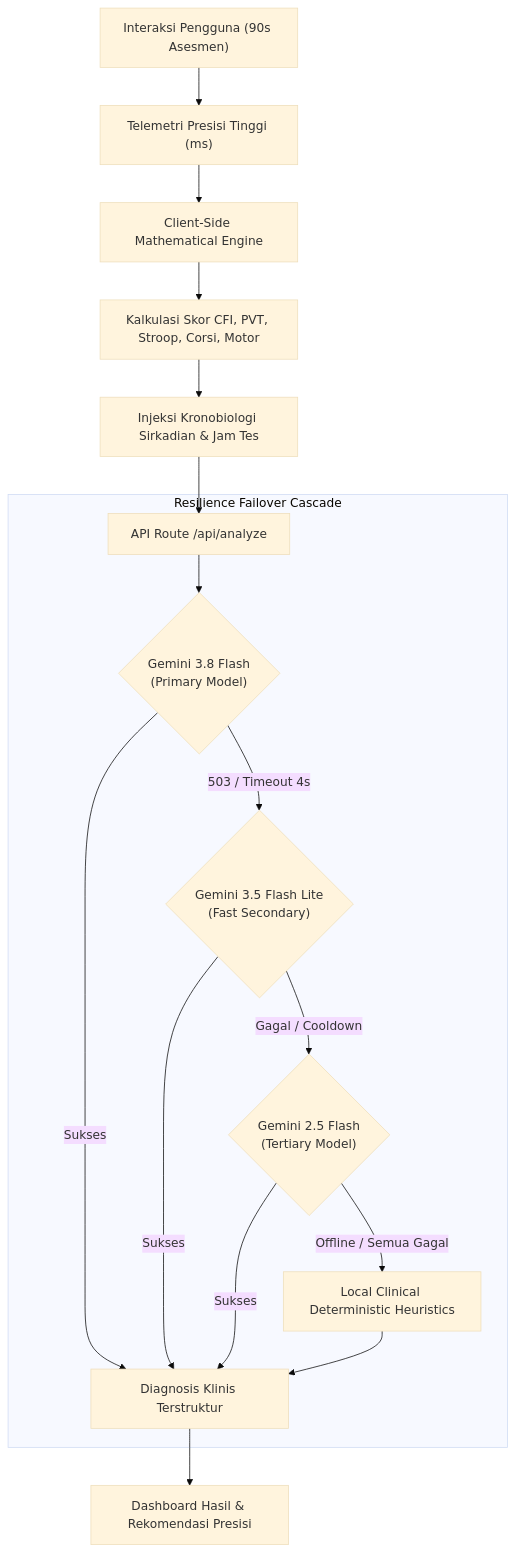
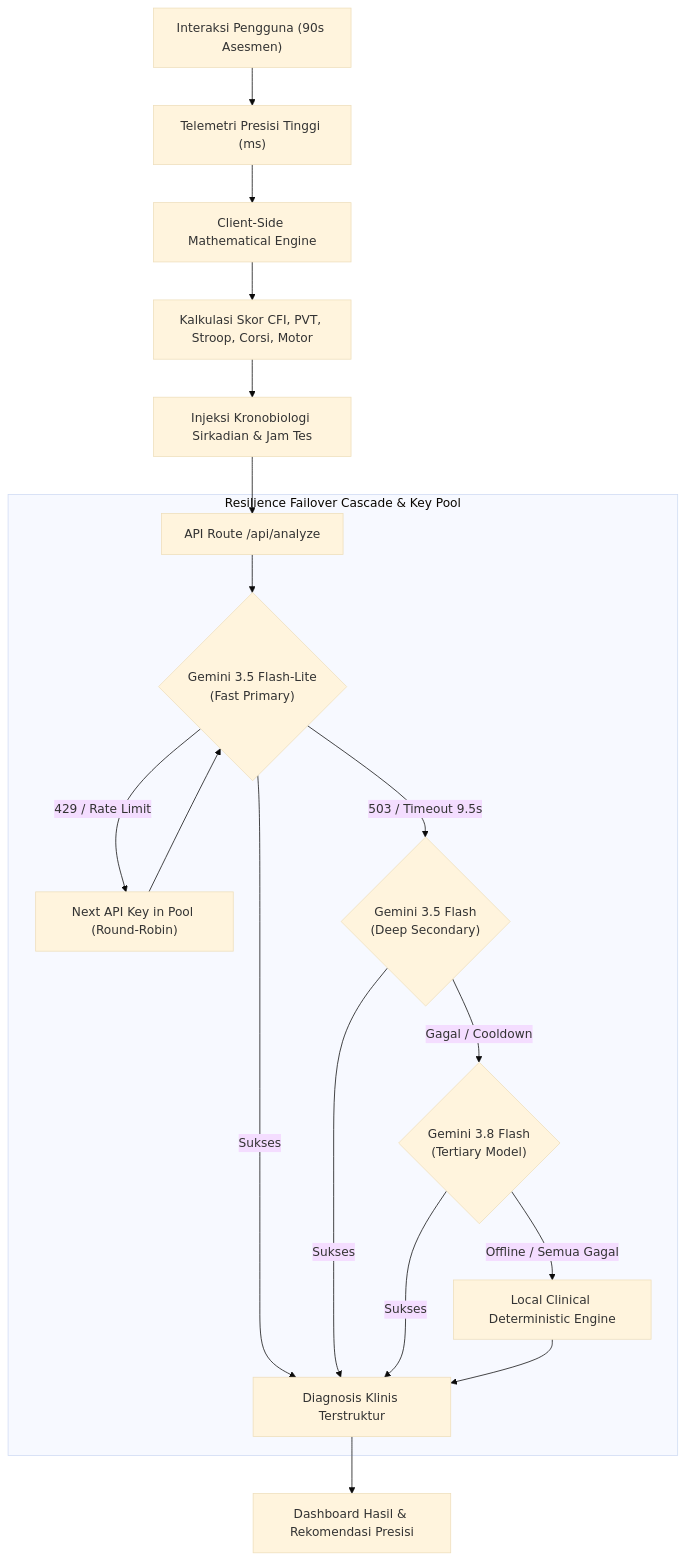
Before and after one commit to feb027/cognipulse: the diagram in README.md, drawn with Mermaid (base theme). The commit also changed other lines of this file and 181 other files, not shown here.

Commit message:
chore(repo): clean up repo files, update README, and implement multi-key API pool

````diff
--- a/README.md
+++ b/README.md
@@ -256,21 +256,23 @@
 ```mermaid
 flowchart TD
     A["Interaksi Pengguna (90s Asesmen)"] --> B["Telemetri Presisi Tinggi (ms)"]
     B --> C["Client-Side Mathematical Engine"]
     C --> D["Kalkulasi Skor CFI, PVT, Stroop, Corsi, Motor"]
     D --> E["Injeksi Kronobiologi Sirkadian & Jam Tes"]
     E --> F["API Route /api/analyze"]
     
-    subgraph "Resilience Failover Cascade"
-        F --> G{"Gemini 3.8 Flash<br/>(Primary Model)"}
+    subgraph "Resilience Failover Cascade & Key Pool"
+        F --> G{"Gemini 3.5 Flash-Lite<br/>(Fast Primary)"}
         G -- "Sukses" --> H["Diagnosis Klinis Terstruktur"]
-        G -- "503 / Timeout 4s" --> I{"Gemini 3.5 Flash Lite<br/>(Fast Secondary)"}
+        G -- "429 / Rate Limit" --> KPool["Next API Key in Pool (Round-Robin)"]
+        KPool --> G
+        G -- "503 / Timeout 9.5s" --> I{"Gemini 3.5 Flash<br/>(Deep Secondary)"}
         I -- "Sukses" --> H
-        I -- "Gagal / Cooldown" --> J{"Gemini 2.5 Flash<br/>(Tertiary Model)"}
+        I -- "Gagal / Cooldown" --> J{"Gemini 3.8 Flash<br/>(Tertiary Model)"}
         J -- "Sukses" --> H
-        J -- "Offline / Semua Gagal" --> K["Local Clinical Deterministic Heuristics"]
+        J -- "Offline / Semua Gagal" --> K["Local Clinical Deterministic Engine"]
         K --> H
     end
 
     H --> L["Dashboard Hasil & Rekomendasi Presisi"]
 ```
````
